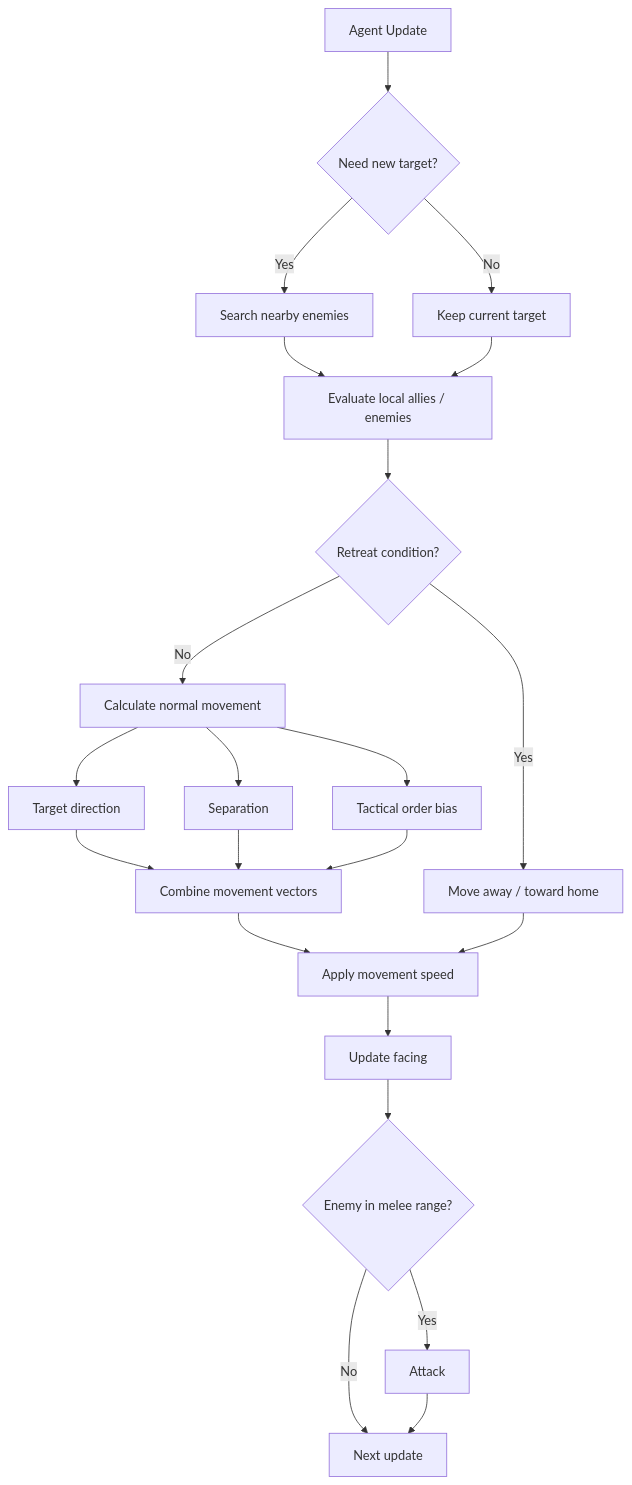
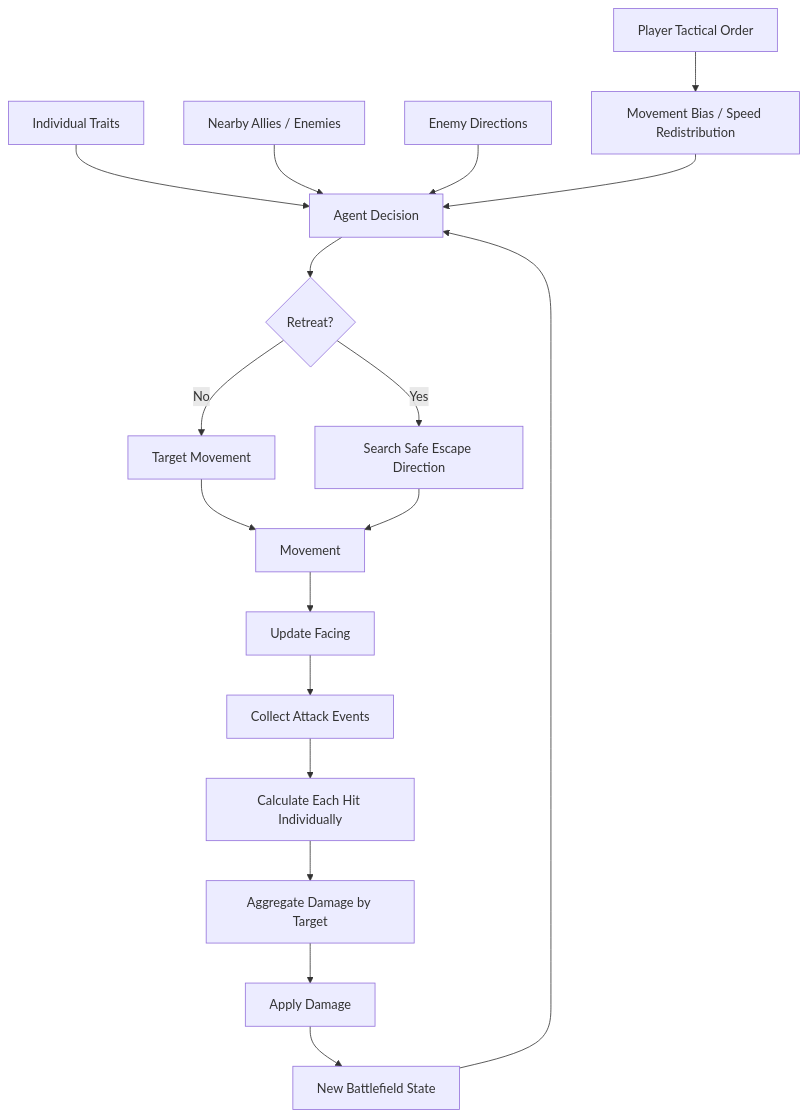
Before and after one commit to memem47/AlifeBattle: the first of 9 diagrams in README.md, drawn with Mermaid. The commit also changed other lines of this file and 2 other files, not shown here.

First line of the commit message:
Fix combat update-order and encirclement tactics

````diff
--- a/README.md
+++ b/README.md
@@ -125,35 +87,28 @@
 ```mermaid
 flowchart TD
-    A[Agent Update] --> B{Need new target?}
+    A[Player Tactical Order] --> B[Movement Bias / Speed Redistribution]
 
-    B -->|Yes| C[Search nearby enemies]
-    B -->|No| D[Keep current target]
+    C[Individual Traits] --> D[Agent Decision]
+    E[Nearby Allies / Enemies] --> D
+    F[Enemy Directions] --> D
+    B --> D
 
-    C --> E[Evaluate local allies / enemies]
-    D --> E
+    D --> G{Retreat?}
 
-    E --> F{Retreat condition?}
+    G -->|No| H[Target Movement]
+    G -->|Yes| I[Search Safe Escape Direction]
 
-    F -->|Yes| G[Move away / toward home]
-    F -->|No| H[Calculate normal movement]
+    H --> J[Movement]
+    I --> J
 
-    H --> I[Target direction]
-    H --> J[Separation]
-    H --> K[Tactical order bias]
+    J --> K[Update Facing]
 
-    I --> L[Combine movement vectors]
-    J --> L
-    K --> L
+    K --> L[Collect Attack Events]
 
-    L --> M[Apply movement speed]
-    G --> M
+    L --> M[Calculate Each Hit Individually]
+    M --> N[Aggregate Damage by Target]
+    N --> O[Apply Damage]
 
-    M --> N[Update facing]
-
-    N --> O{Enemy in melee range?}
-
-    O -->|Yes| P[Attack]
-    O -->|No| Q[Next update]
-
-    P --> Q
+    O --> P[New Battlefield State]
+    P --> D
 ```
````
